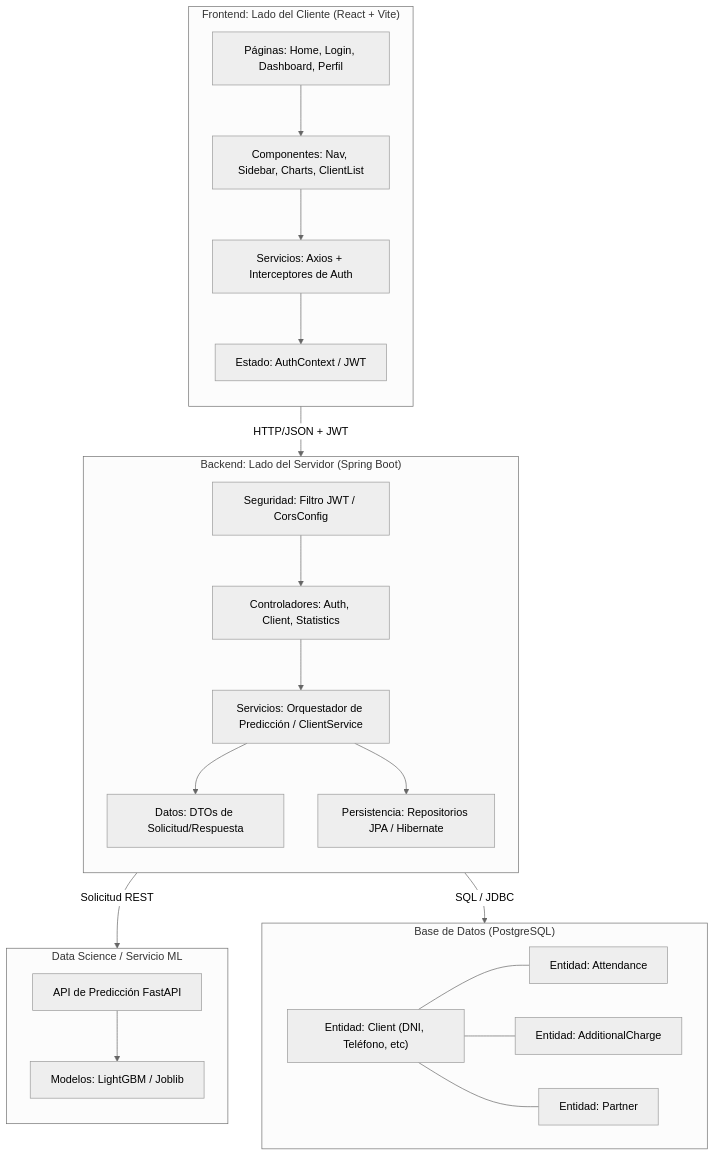
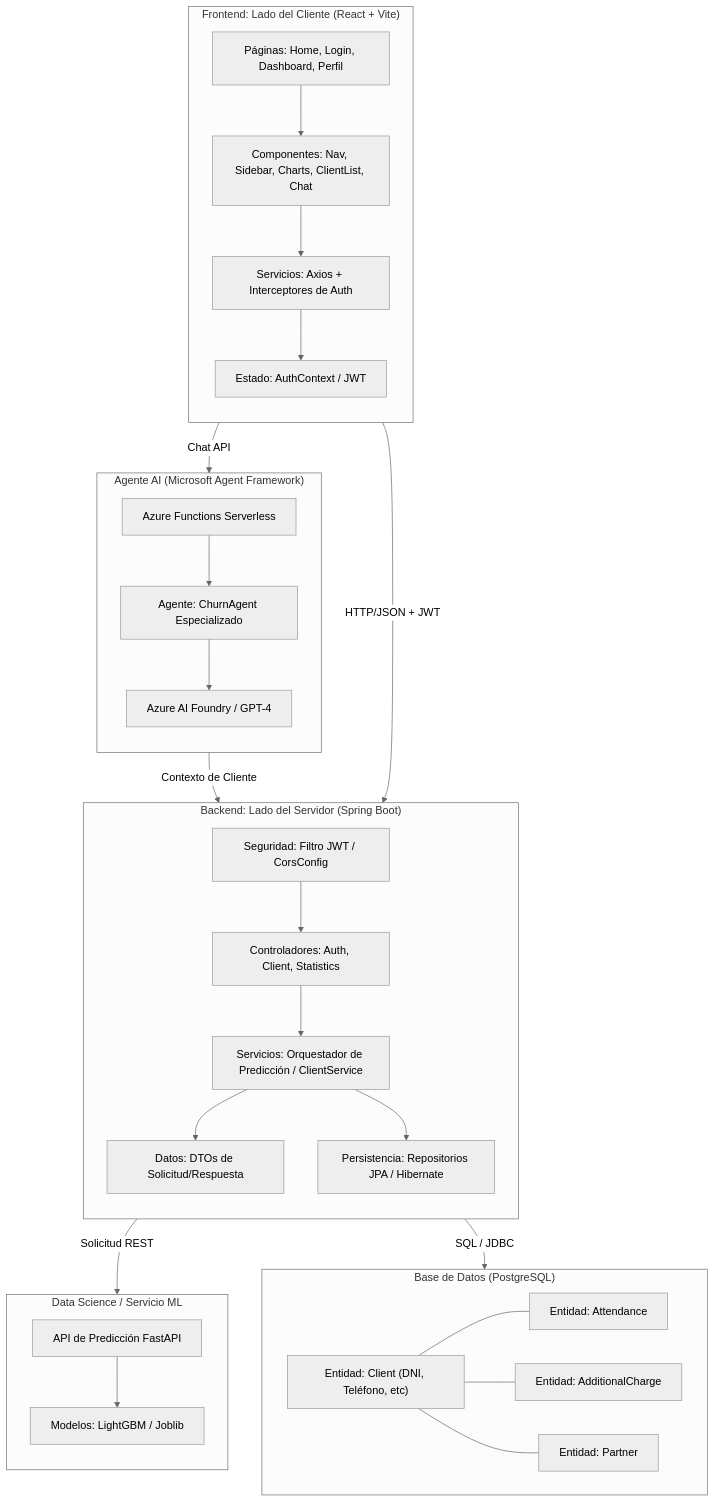
The first of 2 diagrams in docs/dev/project-doc.md (sjlvanq/nc-oneiila-e14b), drawn with Mermaid (neutral theme) before and after one commit. The commit also changed other lines of this file, not shown here.

````diff
--- a/docs/dev/project-doc.md
+++ b/docs/dev/project-doc.md
@@ -15,52 +15,64 @@
 ```mermaid
 graph TD
     subgraph "Frontend: Lado del Cliente (React + Vite)"
         direction TB
         F_Views[Páginas: Home, Login, Dashboard, Perfil]
-        F_Comp[Componentes: Nav, Sidebar, Charts, ClientList]
+        F_Comp[Componentes: Nav, Sidebar, Charts, ClientList, Chat]
         F_Axios[Servicios: Axios + Interceptores de Auth]
         F_Store[Estado: AuthContext / JWT]
         
         F_Views --> F_Comp
         F_Comp --> F_Axios
         F_Axios --> F_Store
     end
 
     subgraph "Backend: Lado del Servidor (Spring Boot)"
         direction TB
         B_Sec[Seguridad: Filtro JWT / CorsConfig]
         B_Cont[Controladores: Auth, Client, Statistics]
         B_Serv[Servicios: Orquestador de Predicción / ClientService]
         B_DTO[Datos: DTOs de Solicitud/Respuesta]
         B_Repo[Persistencia: Repositorios JPA / Hibernate]
         
         B_Sec --> B_Cont
         B_Cont --> B_Serv
         B_Serv --> B_DTO
         B_Serv --> B_Repo
     end
 
     subgraph "Base de Datos (PostgreSQL)"
         direction LR
         D_Client["Entidad: Client (DNI, Teléfono, etc)"]
         D_Attr["Entidad: Attendance"]
         D_Charge["Entidad: AdditionalCharge"]
         D_Partner["Entidad: Partner"]
         
         D_Client --- D_Attr
         D_Client --- D_Charge
         D_Client --- D_Partner
     end
 
     subgraph "Data Science / Servicio ML"
         direction TB
         ML_API[API de Predicción FastAPI]
         ML_Models[Modelos: LightGBM / Joblib]
         ML_API --> ML_Models
     end
 
+    subgraph "Agente AI (Microsoft Agent Framework)"
+        direction TB
+        AI_Azure[Azure Functions Serverless]
+        AI_Agent[Agente: ChurnAgent Especializado]
+        AI_GPT[Azure AI Foundry / GPT-4]
+        
+        AI_Azure --> AI_Agent
+        AI_Agent --> AI_GPT
+    end
+
     %% Conexiones
     F_Axios -- "HTTP/JSON + JWT" --> B_Sec
+    F_Axios -- "Chat API" --> AI_Azure
     B_Repo -- "SQL / JDBC" --> D_Client
     B_Serv -- "Solicitud REST" --> ML_API
+    AI_Agent -- "Contexto de Cliente" --> B_Serv
 ```
````
